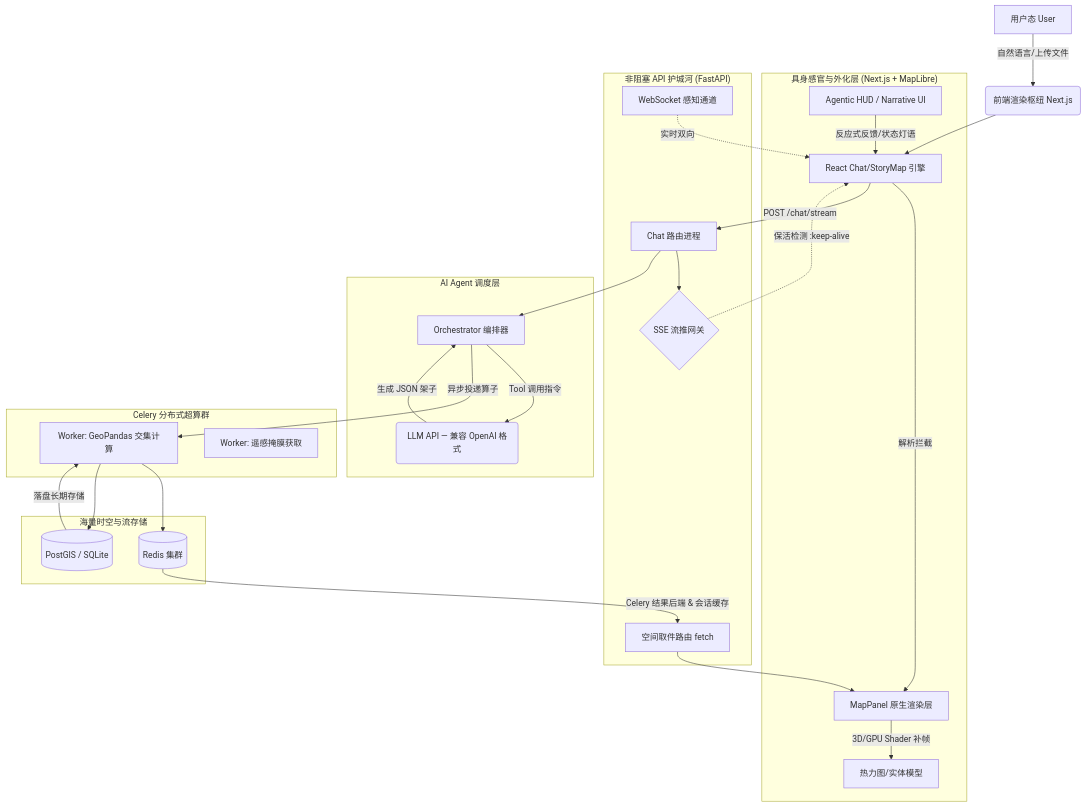
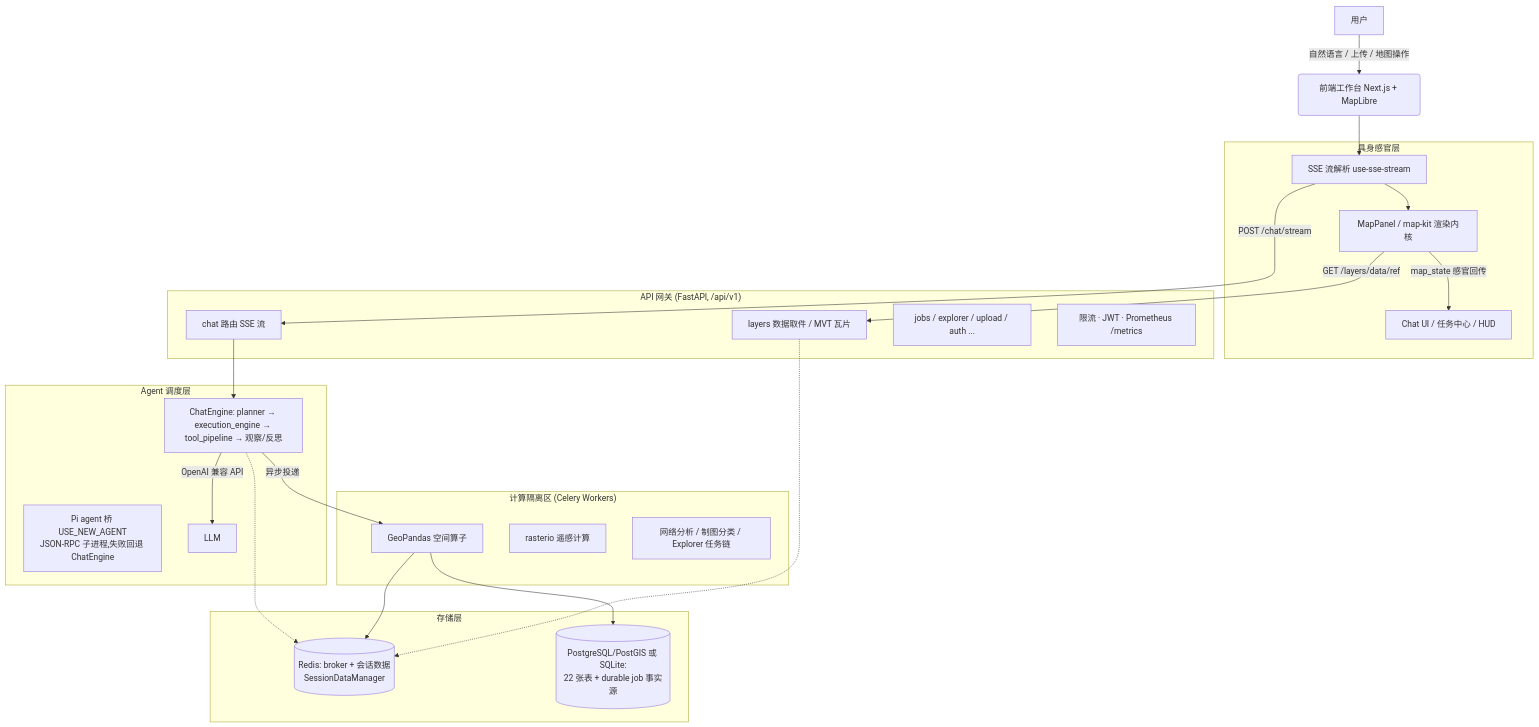
The diagram in docs/architecture.md (WindWang2/webgis-ai-agent), drawn with Mermaid before and after one commit. The commit also changed other lines of this file and 132 other files, not shown here.

````diff
--- a/docs/architecture.md
+++ b/docs/architecture.md
@@ -35,39 +30,42 @@
 ```mermaid
 graph TD
-    A[用户态 User] -->|自然语言/上传文件| B(前端渲染枢纽 Next.js)
-    
-    subgraph 前端渲染枢纽 ["具身感官与外化层 (Next.js + MapLibre)"]
-    B1[React Chat/StoryMap 引擎] --> |解析拦截| B2[MapPanel 原生渲染层]
-    B2 --> |3D/GPU Shader 补帧| B3[热力图/实体模型]
-    B4[Agentic HUD / Narrative UI] --> |反应式反馈/状态灯语| B1
+    A[用户] -->|自然语言 / 上传 / 地图操作| B(前端工作台 Next.js + MapLibre)
+
+    subgraph 前端 ["具身感官层"]
+        B1[SSE 流解析 use-sse-stream] --> B2[MapPanel / map-kit 渲染内核]
+        B2 -->|map_state 感官回传| B3[Chat UI / 任务中心 / HUD]
     end
     B --> B1
 
-    
-    subgraph 边界网关 ["非阻塞 API 护城河 (FastAPI)"]
-    C{SSE 流推网关} -.-> |保活检测 :keep-alive| B1
-    C1[Chat 路由进程] --> C
-    C2[空间取件路由 fetch] --> B2
-    C3[WebSocket 感知通道] -.-> |实时双向| B1
+    subgraph 网关 ["API 网关 (FastAPI, /api/v1)"]
+        C1[chat 路由 SSE 流]
+        C2[layers 数据取件 / MVT 瓦片]
+        C3[jobs / explorer / upload / auth ...]
+        C4[限流 · JWT · Prometheus /metrics]
     end
     B1 -->|POST /chat/stream| C1
-    
-    subgraph 大脑中枢 ["AI Agent 调度层"]
-    D[Orchestrator 编排器] --> |Tool 调用指令| D1(LLM API — 兼容 OpenAI 格式)
-    D1 --> |生成 JSON 架子| D
+    B2 -->|GET /layers/data/ref| C2
+
+    subgraph Agent ["Agent 调度层"]
+        D[ChatEngine: planner → execution_engine → tool_pipeline → 观察/反思]
+        D1[Pi agent 桥 USE_NEW_AGENT<br/>JSON-RPC 子进程,失败回退 ChatEngine]
+        D -->|OpenAI 兼容 API| E[LLM]
     end
     C1 --> D
-    
-    subgraph 重算隔离区 ["Celery 分布式超算群"]
-    E[Worker: GeoPandas 交集计算] 
-    E1[Worker: 遥感掩膜获取]
+
+    subgraph 计算 ["计算隔离区 (Celery Workers)"]
+        F[GeoPandas 空间算子]
+        F1[rasterio 遥感计算]
+        F2[网络分析 / 制图分类 / Explorer 任务链]
     end
-    D -->|异步投递算子| E
-    
-    subgraph 数据弹药库 ["海量时空与流存储"]
-    F[(Redis 集群)] --> |Celery 结果后端 & 会话缓存| C2
-    F1[(PostGIS / SQLite)] --> |落盘长期存储| E
+    D -->|异步投递| F
+
+    subgraph 存储 ["存储层"]
+        G[(Redis: broker + 会话数据<br/>SessionDataManager)]
+        H[(PostgreSQL/PostGIS 或 SQLite:<br/>22 张表 + durable job 事实源)]
     end
-    E --> F
-    E --> F1
+    D -.-> G
+    F --> G
+    F --> H
+    C2 -.-> G
 ```
````
